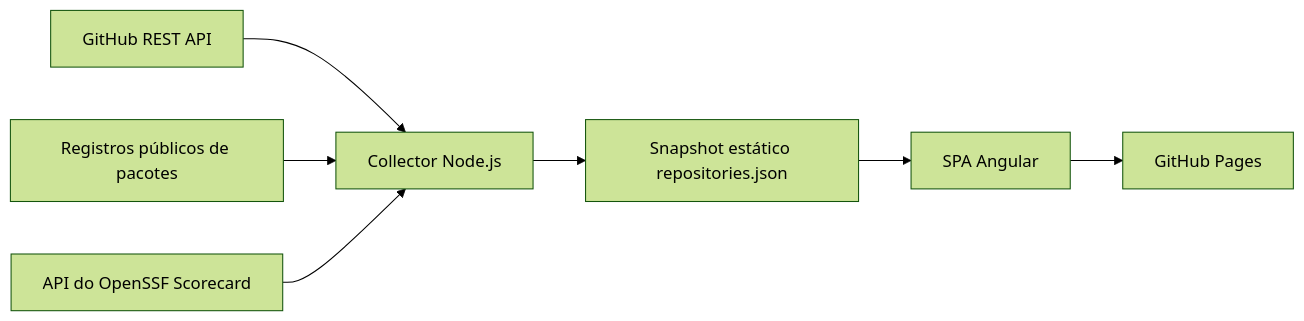
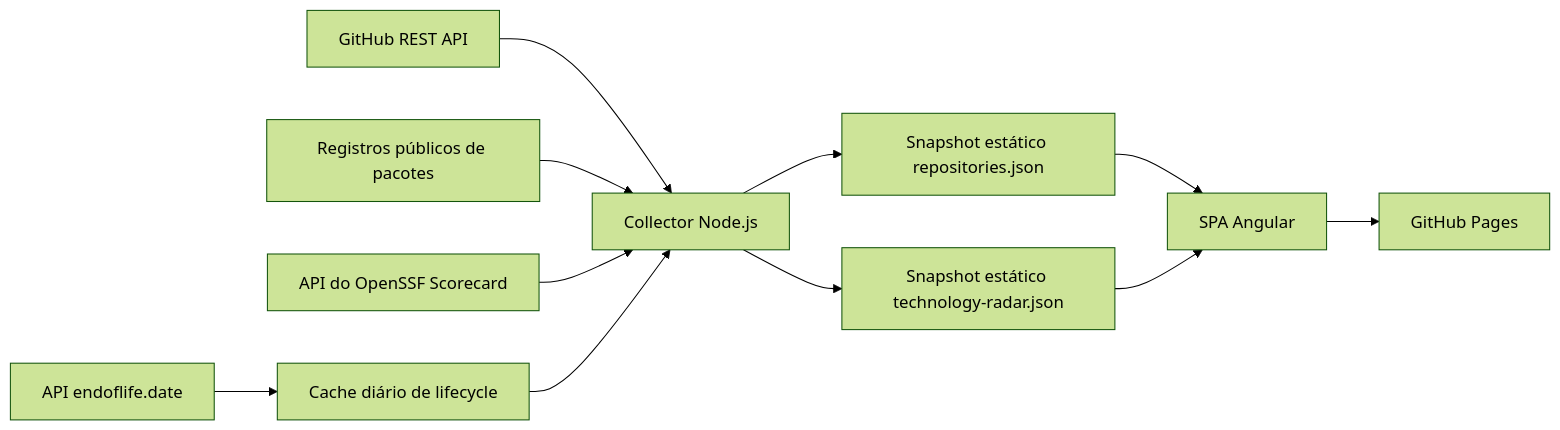
Before and after one commit to rodri-oliveira-dev/repo-status-dashboard: the diagram in README.pt-BR.md, drawn with Mermaid (forest theme). The commit also changed other lines of this file and 26 other files, not shown here.

First line of the commit message:
feat: introduce portfolio Technology Radar and lifecycle monitoring (#28)

````diff
--- a/README.pt-BR.md
+++ b/README.pt-BR.md
@@ -38,9 +38,13 @@
 ```mermaid
 flowchart LR
     API[GitHub REST API] --> COL[Collector Node.js]
     REG[Registros públicos de pacotes] --> COL
     SCORE[API do OpenSSF Scorecard] --> COL
+    LIFE[API endoflife.date] --> CACHE[Cache diário de lifecycle]
+    CACHE --> COL
     COL --> JSON[Snapshot estático repositories.json]
+    COL --> RADAR[Snapshot estático technology-radar.json]
     JSON --> SPA[SPA Angular]
+    RADAR --> SPA
     SPA --> PAGES[GitHub Pages]
 ```
````
